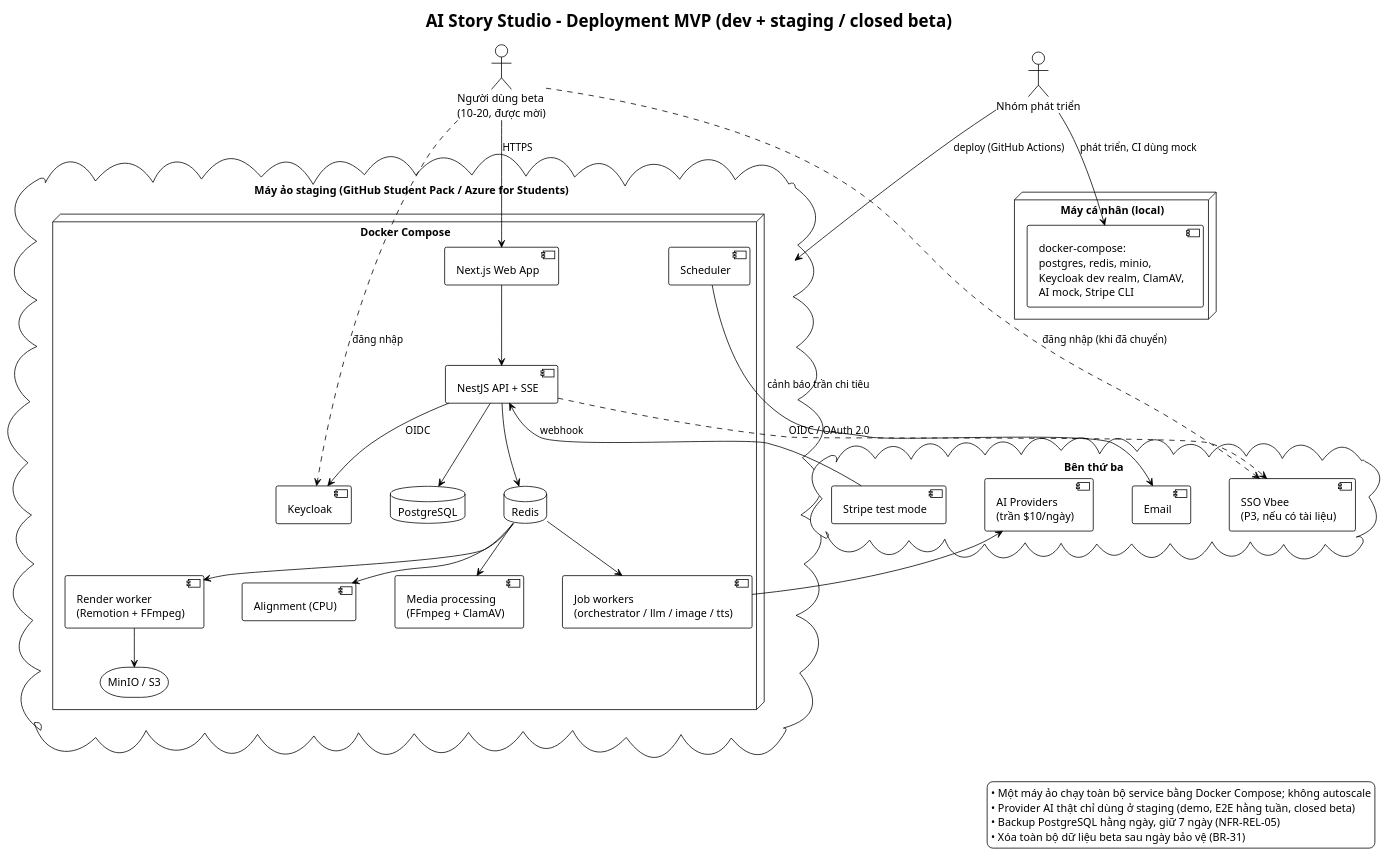
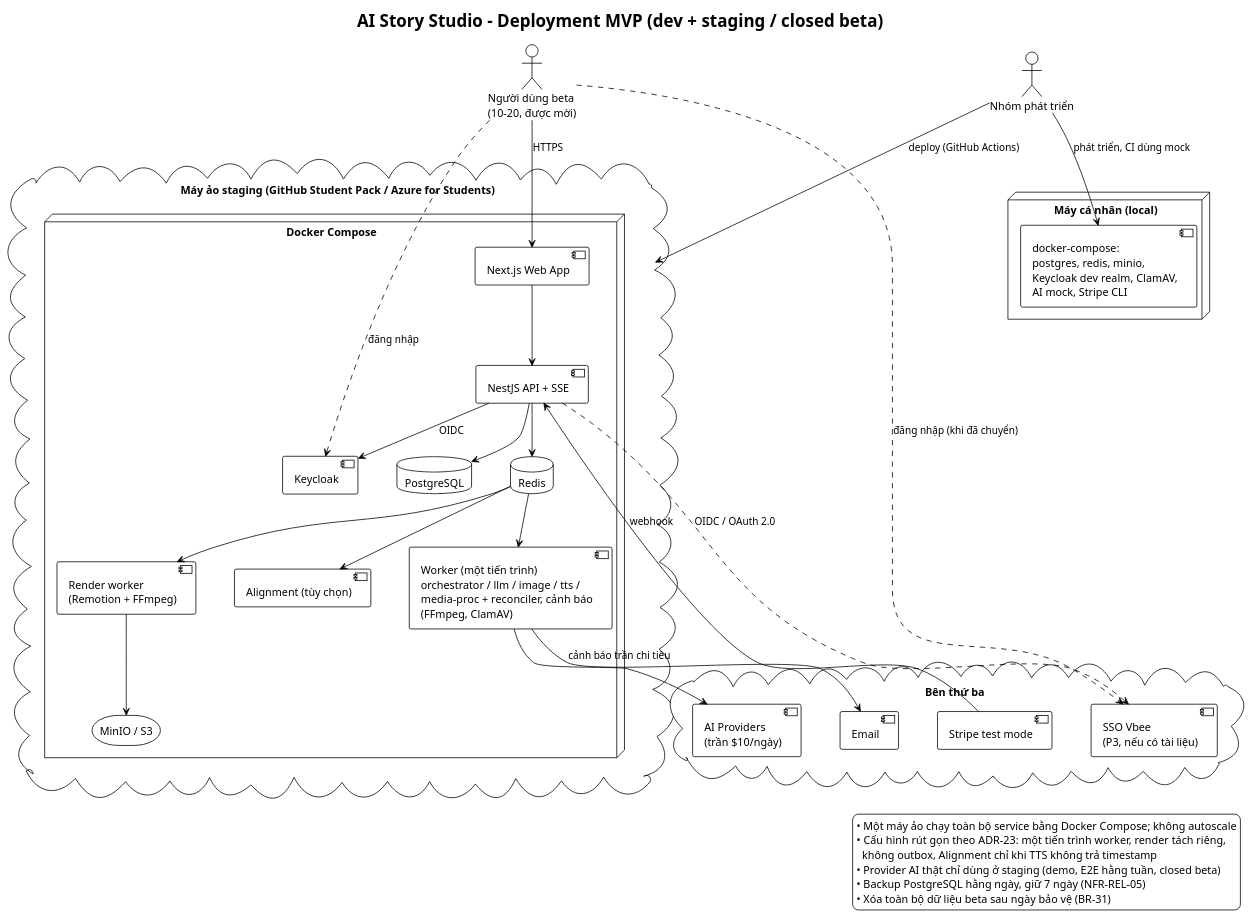
The diagram in demo-c2story/so-do/mvp/03-kien-truc/deployment-mvp.puml (202416852-anhpv/story2video-docs), drawn with PlantUML before and after one commit. The commit also changed 25 other files, not shown here.

First line of the commit message:
Dac ta ky thuat loi, ADR rut gon MVP va sua race condition tran chi tieu (1.14)

```diff
--- a/demo-c2story/so-do/mvp/03-kien-truc/deployment-mvp.puml
+++ b/demo-c2story/so-do/mvp/03-kien-truc/deployment-mvp.puml
@@ -1,63 +1,62 @@
 @startuml Deployment_MVP
 !theme plain
 skinparam defaultFontName "Segoe UI"
 skinparam nodesep 50
 skinparam ranksep 50
 title AI Story Studio - Deployment MVP (dev + staging / closed beta)
 
 actor "Người dùng beta\n(10–20, được mời)" as U
 actor "Nhóm phát triển" as Dev
 
 node "Máy cá nhân (local)" as local {
     component "docker-compose:\npostgres, redis, minio,\nKeycloak dev realm, ClamAV,\nAI mock, Stripe CLI" as dc
 }
 
 cloud "Máy ảo staging (GitHub Student Pack / Azure for Students)" as vm {
     node "Docker Compose" {
         component "Next.js Web App" as web
         component "NestJS API + SSE" as api
-        component "Scheduler" as sched
-        component "Job workers\n(orchestrator / llm / image / tts)" as wk
-        component "Alignment (CPU)" as al
-        component "Media processing\n(FFmpeg + ClamAV)" as mp
+        component "Worker (một tiến trình)\norchestrator / llm / image / tts /\nmedia-proc + reconciler, cảnh báo\n(FFmpeg, ClamAV)" as wk
+        component "Alignment (tùy chọn)" as al
         component "Render worker\n(Remotion + FFmpeg)" as rw
         database "PostgreSQL" as pg
         database "Redis" as rd
         storage "MinIO / S3" as s3
         component "Keycloak" as kc
     }
 }
 
 cloud "Bên thứ ba" {
     component "SSO Vbee\n(P3, nếu có tài liệu)" as vbee
     component "Stripe test mode" as stripe
     component "AI Providers\n(trần $10/ngày)" as ai
     component "Email" as mail
 }
 
 Dev --> dc : phát triển, CI dùng mock
 Dev --> vm : deploy (GitHub Actions)
 U --> web : HTTPS
 U ..> kc : đăng nhập
 U ..> vbee : đăng nhập (khi đã chuyển)
 web --> api
 api --> pg
 api --> rd
 api --> kc : OIDC
 api ..> vbee : OIDC / OAuth 2.0
 stripe --> api : webhook
 rd --> wk
 rd --> al
-rd --> mp
 rd --> rw
 wk --> ai
-sched --> mail : cảnh báo trần chi tiêu
+wk --> mail : cảnh báo trần chi tiêu
 rw --> s3
 
 legend right
   • Một máy ảo chạy toàn bộ service bằng Docker Compose; không autoscale
+  • Cấu hình rút gọn theo ADR-23: một tiến trình worker, render tách riêng,
+    không outbox, Alignment chỉ khi TTS không trả timestamp
   • Provider AI thật chỉ dùng ở staging (demo, E2E hằng tuần, closed beta)
   • Backup PostgreSQL hằng ngày, giữ 7 ngày (NFR-REL-05)
   • Xóa toàn bộ dữ liệu beta sau ngày bảo vệ (BR-31)
 endlegend
 @enduml
```
